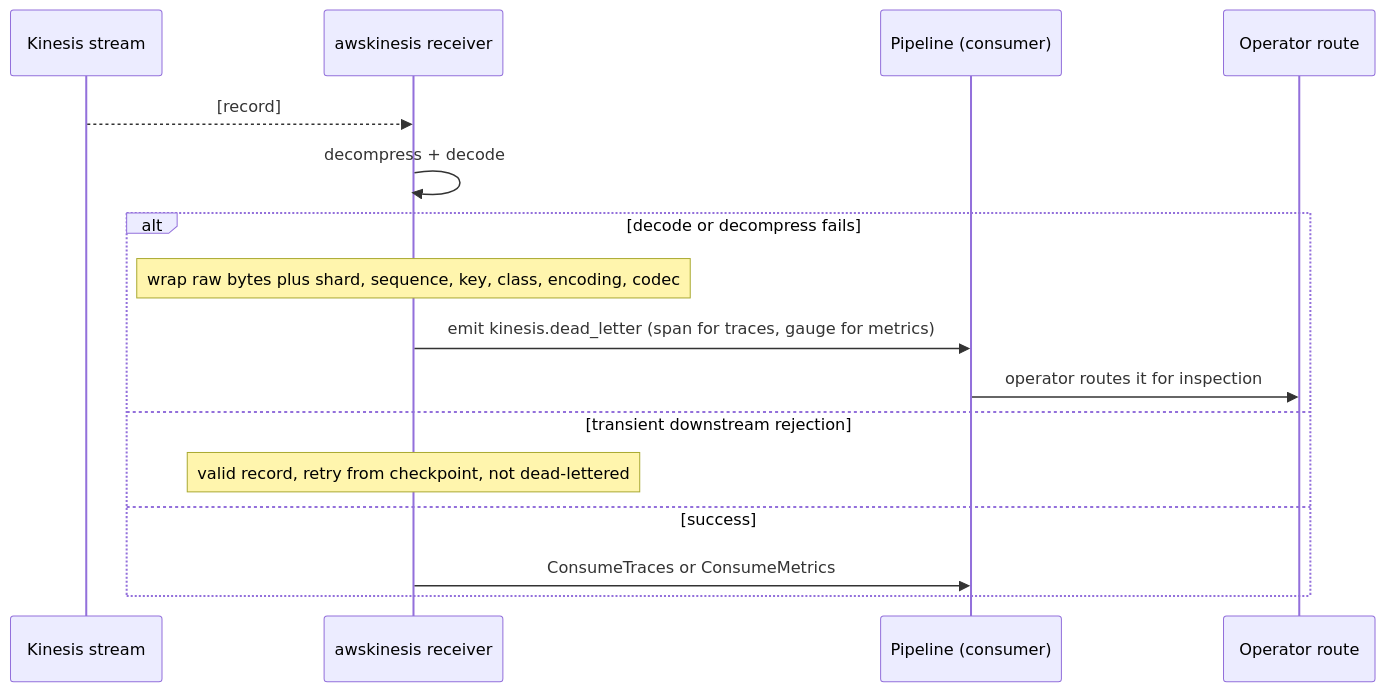
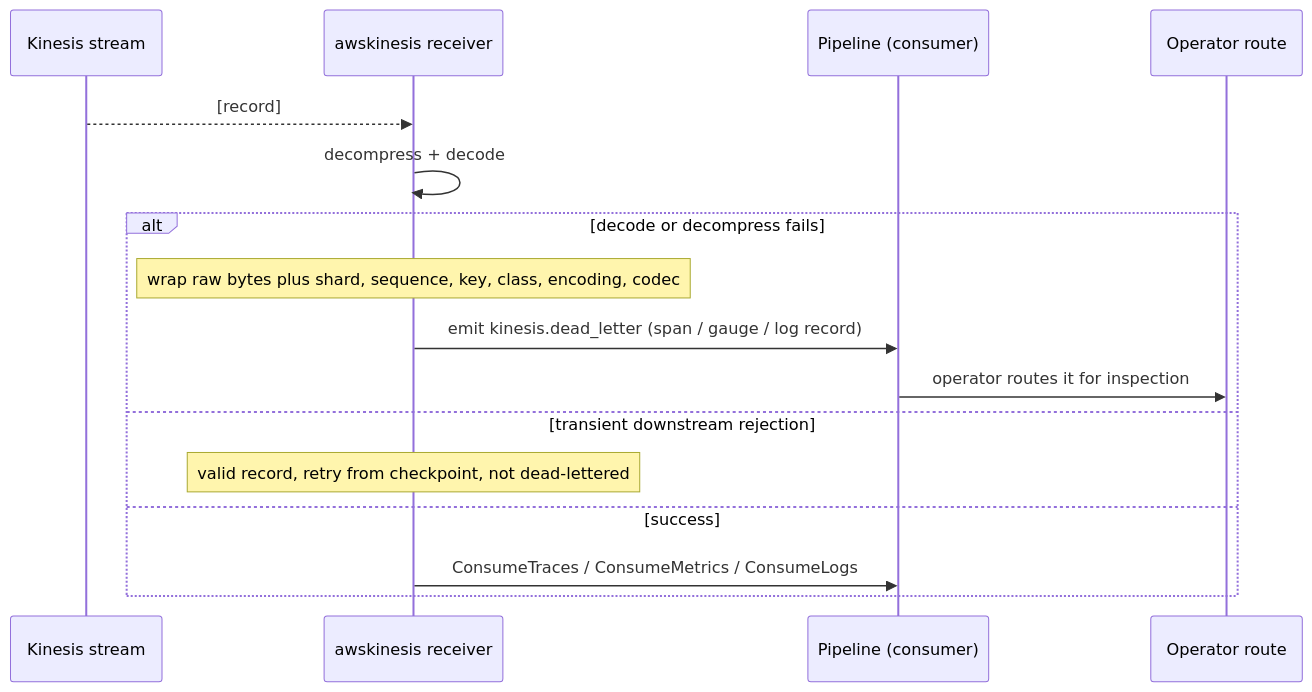
The third of 9 diagrams in docs/user-guide.md (jrglee/opentelemetry-kinesis-stream), drawn with Mermaid before and after one commit. The commit also changed other lines of this file and 26 other files, not shown here.

````diff
--- a/docs/user-guide.md
+++ b/docs/user-guide.md
@@ -609,19 +636,19 @@
 ```mermaid
 sequenceDiagram
     participant K as Kinesis stream
     participant RX as awskinesis receiver
     participant C as Pipeline (consumer)
     participant OUT as Operator route
 
     K-->>RX: [record]
     RX->>RX: decompress + decode
     alt decode or decompress fails
         Note over RX: wrap raw bytes plus shard, sequence, key, class, encoding, codec
-        RX->>C: emit kinesis.dead_letter (span for traces, gauge for metrics)
+        RX->>C: emit kinesis.dead_letter (span / gauge / log record)
         C->>OUT: operator routes it for inspection
     else transient downstream rejection
         Note over RX: valid record, retry from checkpoint, not dead-lettered
     else success
-        RX->>C: ConsumeTraces or ConsumeMetrics
+        RX->>C: ConsumeTraces / ConsumeMetrics / ConsumeLogs
     end
 ```
````
